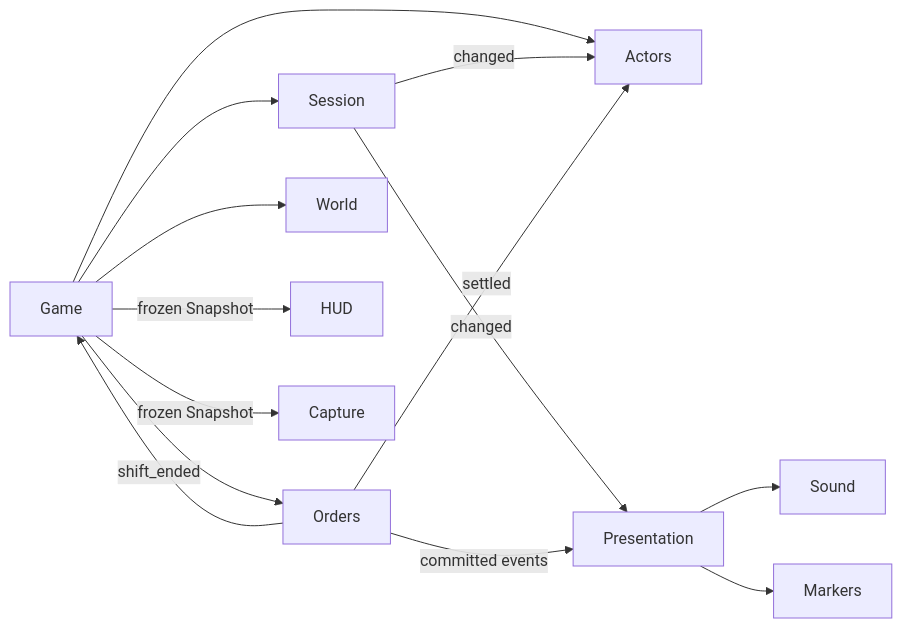
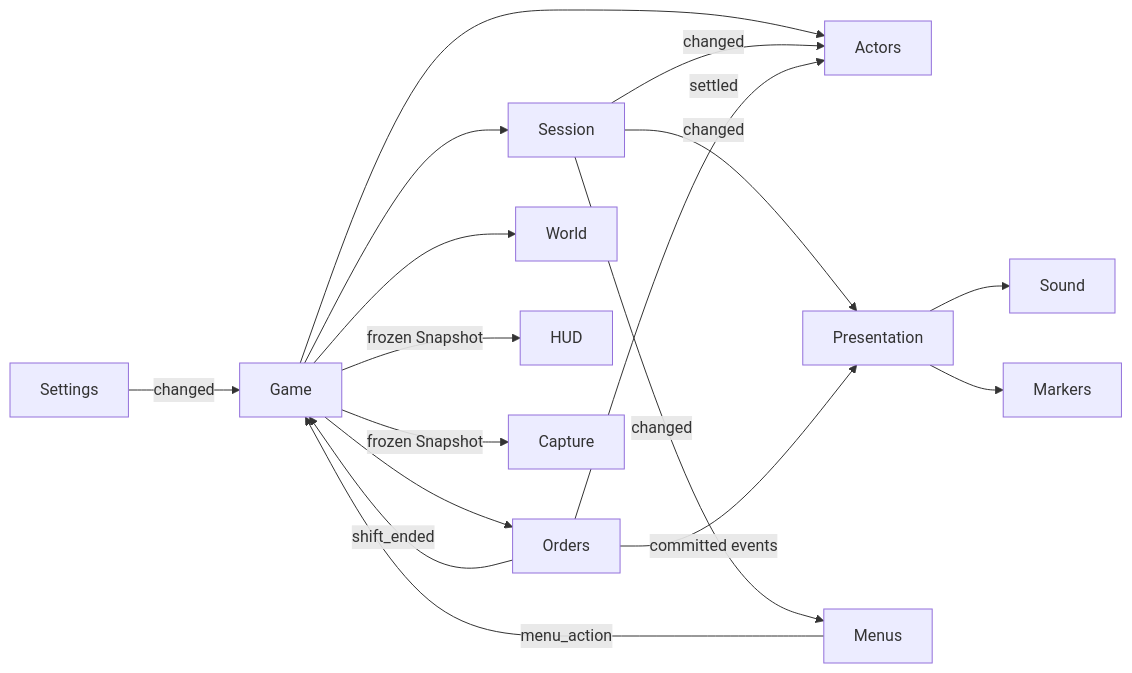
The diagram in docs/ARCHITECTURE.md (tonystarkluvyou3000t-create/Paperish), drawn with Mermaid before and after one commit. The commit also changed other lines of this file and 27 other files, not shown here.

First line of the commit message:
Phase 05: build menus and settings

````diff
--- a/docs/ARCHITECTURE.md
+++ b/docs/ARCHITECTURE.md
@@ -25,16 +27,19 @@
 ```mermaid
 flowchart LR
   Game --> Session
   Game --> Orders
   Game --> Actors
   Game --> World
   Session -- changed --> Actors
   Session -- changed --> Presentation
+  Session -- changed --> Menus
+  Menus -- menu_action --> Game
+  Settings -- changed --> Game
   Orders -- committed events --> Presentation
   Orders -- settled --> Actors
   Orders -- shift_ended --> Game
   Presentation --> Sound
   Presentation --> Markers
   Game -- frozen Snapshot --> HUD
   Game -- frozen Snapshot --> Capture
 ```
````
